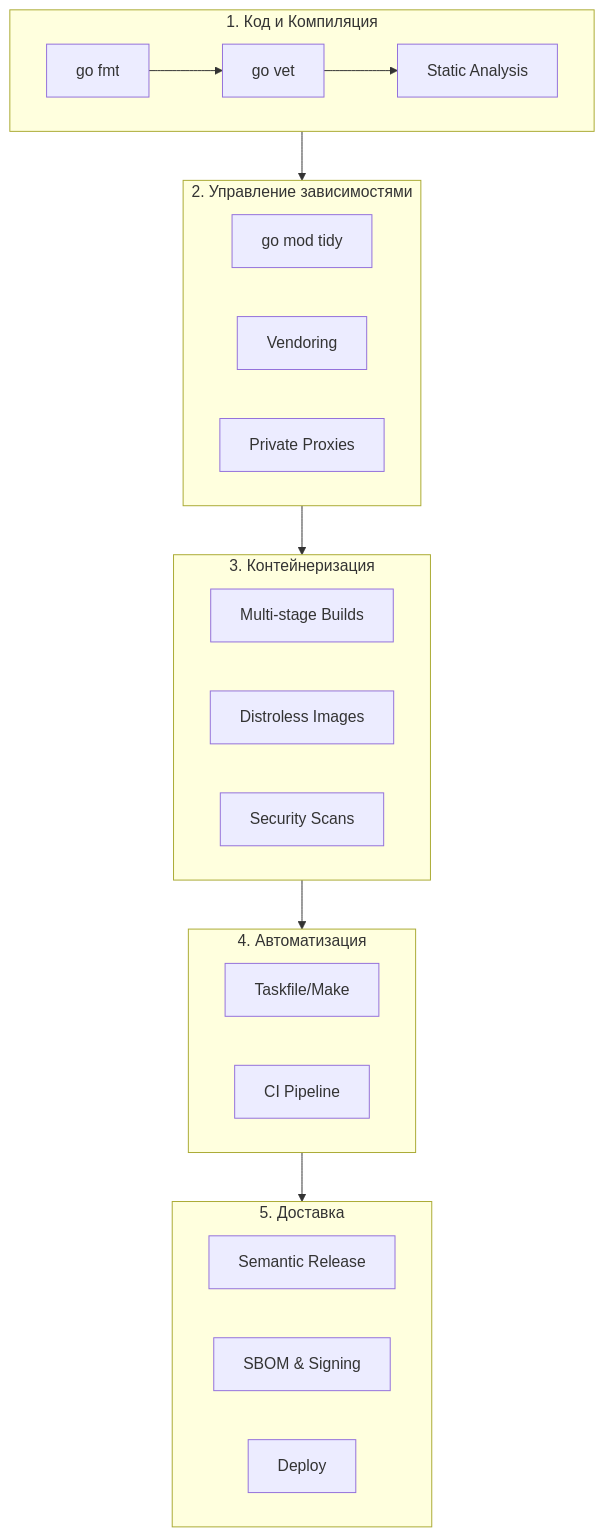
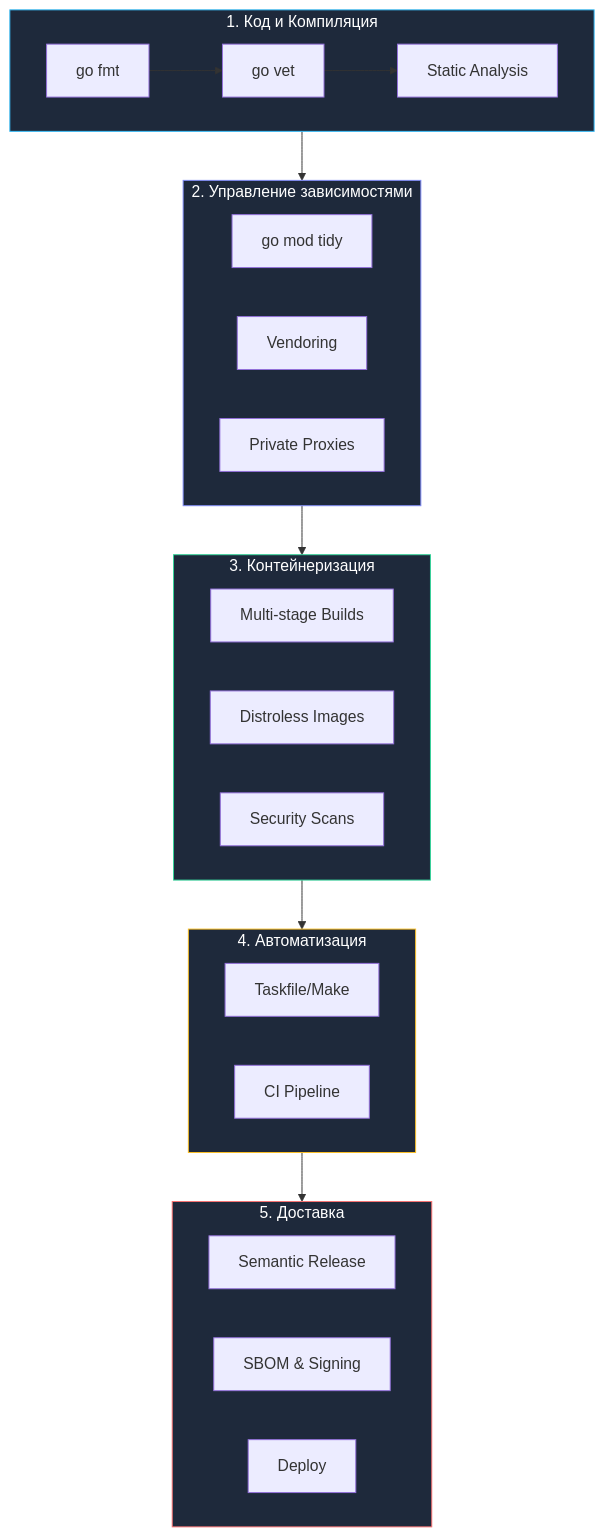
Before and after one commit to UnrealTemplier/go-textbook: the diagram in sources/8. Инфраструктура языка, Тулинг и CI_CD/40. Итоги раздела. Production ready toolchain.md, drawn with Mermaid. The commit also changed other lines of this file, not shown here.

````diff
--- a/sources/8. Инфраструктура языка, Тулинг и CI_CD/40. Итоги раздела. Production ready toolchain.md
+++ b/sources/8. Инфраструктура языка, Тулинг и CI_CD/40. Итоги раздела. Production ready toolchain.md
@@ -11,32 +13,38 @@
 ```mermaid
 flowchart TD
     subgraph L1 ["1. Код и Компиляция"]
         A["go fmt"] --> B["go vet"]
         B --> C["Static Analysis"]
     end
     
     subgraph L2 ["2. Управление зависимостями"]
         D["go mod tidy"]
         E["Vendoring"]
         F["Private Proxies"]
     end
     
     subgraph L3 ["3. Контейнеризация"]
         G["Multi-stage Builds"]
         H["Distroless Images"]
         I["Security Scans"]
     end
     
     subgraph L4 ["4. Автоматизация"]
         J["Taskfile/Make"]
         K["CI Pipeline"]
     end
     
     subgraph L5 ["5. Доставка"]
         L["Semantic Release"]
         M["SBOM & Signing"]
         N["Deploy"]
     end
     
     L1 --> L2 --> L3 --> L4 --> L5
+    
+    style L1 fill:#1e293b,stroke:#38bdf8,color:#fff
+    style L2 fill:#1e293b,stroke:#818cf8,color:#fff
+    style L3 fill:#1e293b,stroke:#34d399,color:#fff
+    style L4 fill:#1e293b,stroke:#fbbf24,color:#fff
+    style L5 fill:#1e293b,stroke:#f87171,color:#fff
 ```
````
